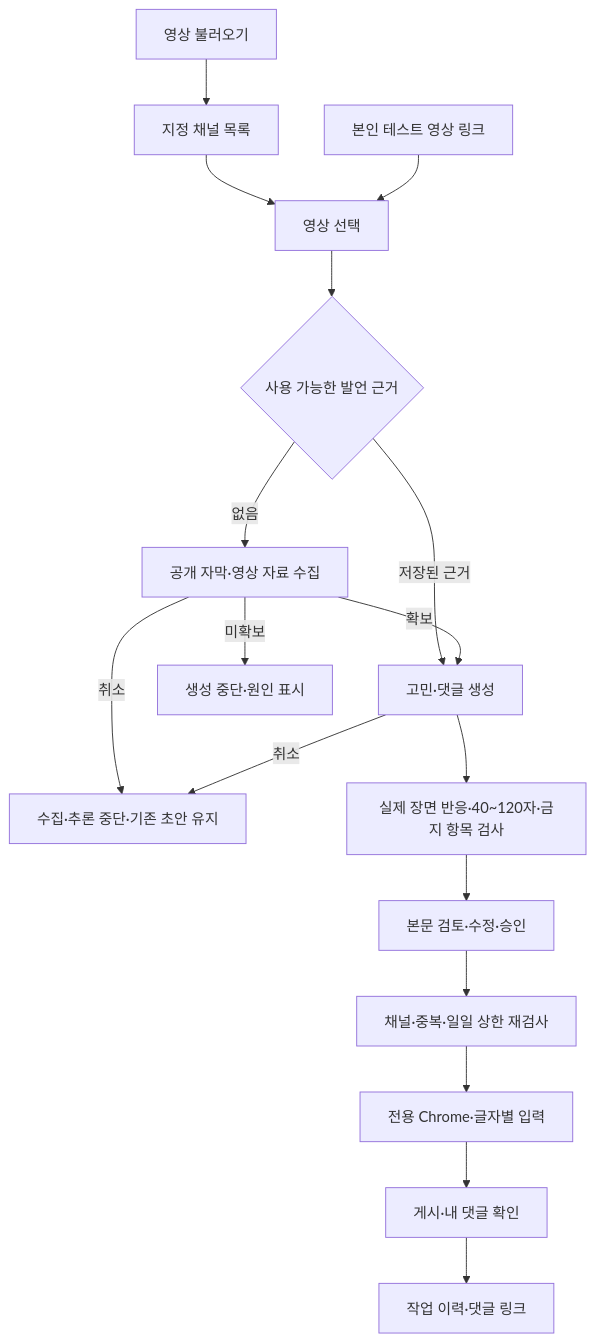
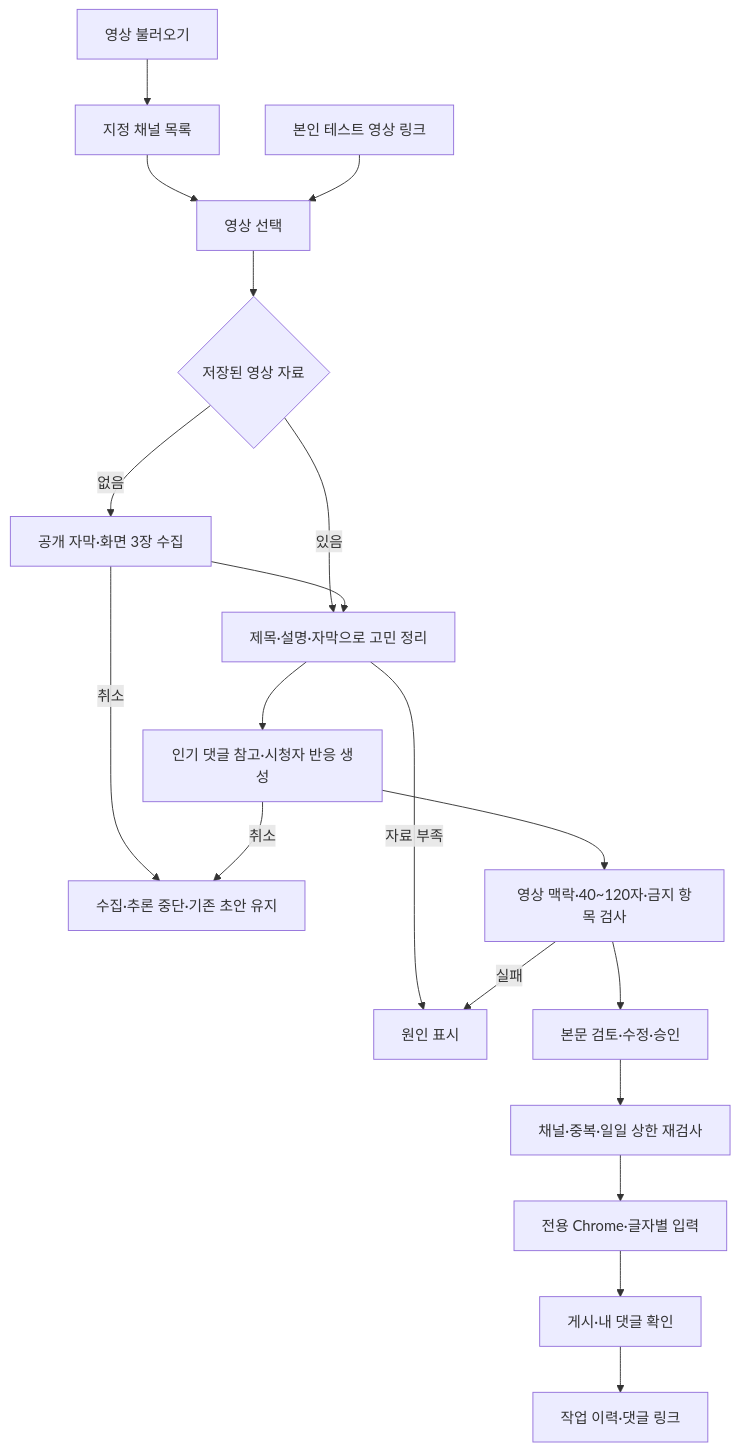
Before and after one commit to seo-gali/marketing-ai-agent: the diagram in docs/demo-scenario.md, drawn with Mermaid. The commit also changed other lines of this file and 17 other files, not shown here.

````diff
--- a/docs/demo-scenario.md
+++ b/docs/demo-scenario.md
@@ -47,19 +47,21 @@
 ```mermaid
 flowchart TD
     A[영상 불러오기] --> B[지정 채널 목록]
     B --> C[영상 선택]
     U[본인 테스트 영상 링크] --> C
-    C --> D{사용 가능한 발언 근거}
-    D -->|저장된 근거| G[고민·댓글 생성]
-    D -->|없음| E[공개 자막·영상 자료 수집]
-    E -->|확보| G
-    E -->|미확보| F[생성 중단·원인 표시]
+    C --> D{저장된 영상 자료}
+    D -->|있음| G[제목·설명·자막으로 고민 정리]
+    D -->|없음| E[공개 자막·화면 3장 수집]
+    E --> G
     E -->|취소| X[수집·추론 중단·기존 초안 유지]
-    G -->|취소| X
-    G --> H[실제 장면 반응·40~120자·금지 항목 검사]
+    G --> P[인기 댓글 참고·시청자 반응 생성]
+    G -->|자료 부족| F[원인 표시]
+    P -->|취소| X
+    P --> H[영상 맥락·40~120자·금지 항목 검사]
+    H -->|실패| F
     H --> I[본문 검토·수정·승인]
     I --> J[채널·중복·일일 상한 재검사]
     J --> K[전용 Chrome·글자별 입력]
     K --> L[게시·내 댓글 확인]
     L --> M[작업 이력·댓글 링크]
 ```
````
